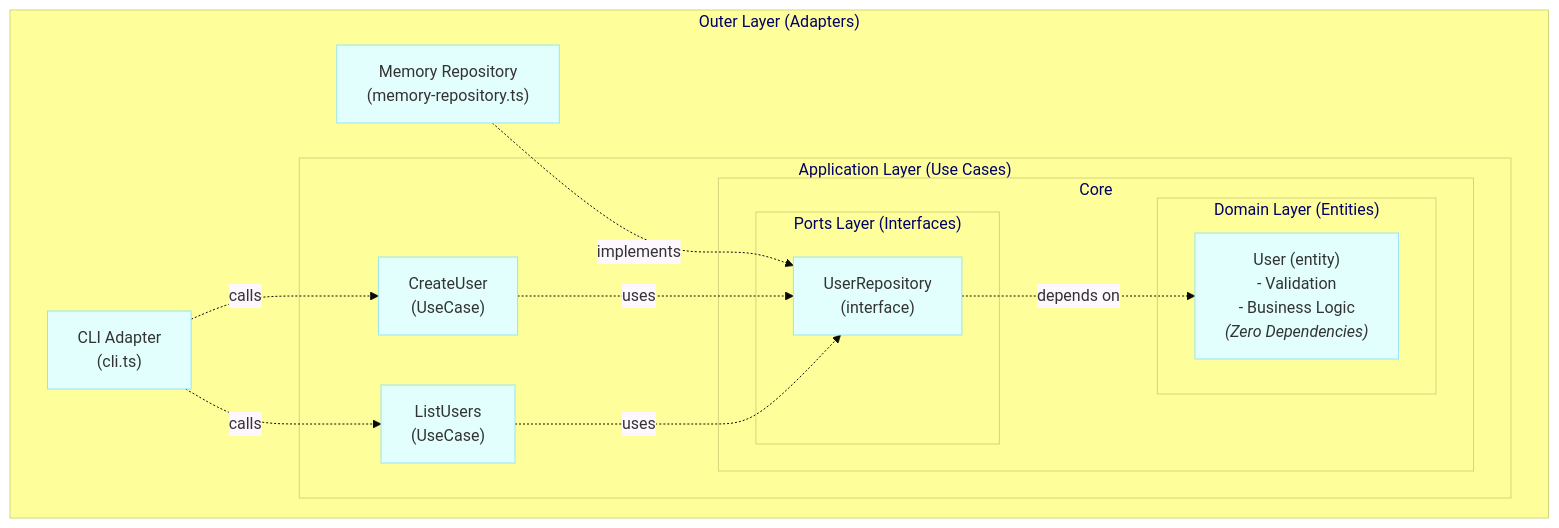
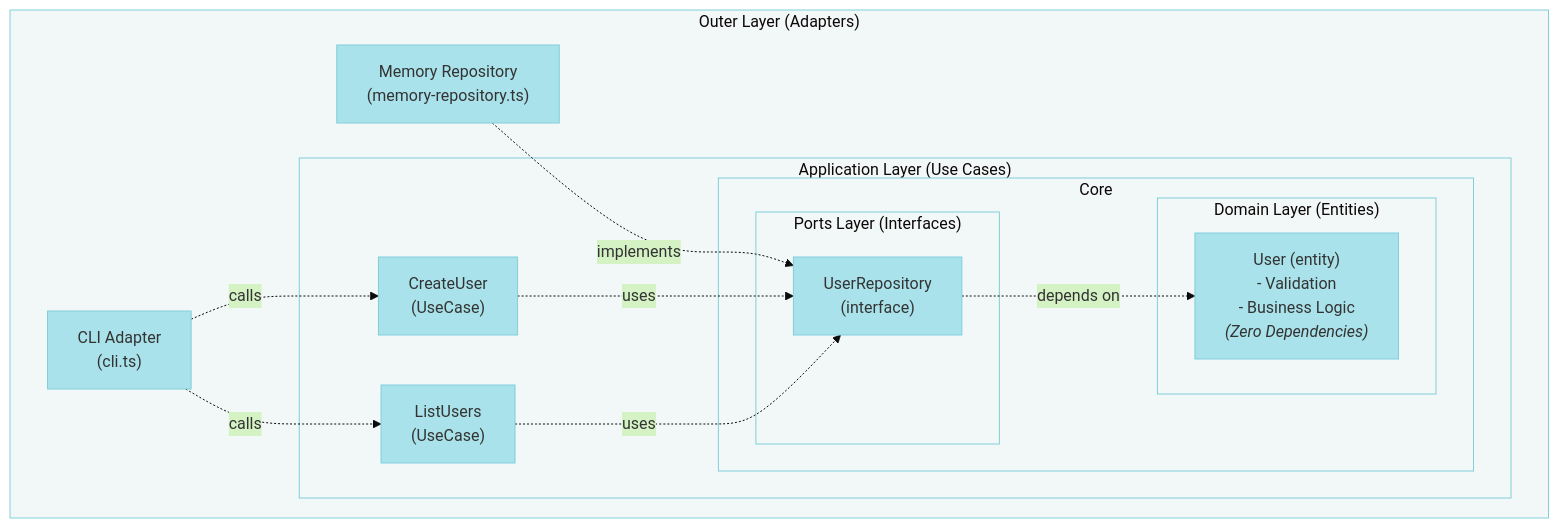
Before and after one commit to stricture-dev/stricture: the diagram in examples/simple-hexagonal/README.md, drawn with Mermaid. The commit also changed 4 other files, not shown here.

First line of the commit message:
docs: apply custom HSL color palette to Mermaid diagrams

````diff
--- a/examples/simple-hexagonal/README.md
+++ b/examples/simple-hexagonal/README.md
@@ -21,30 +21,30 @@
 ```mermaid
-%%{init: {'theme':'base', 'themeVariables': { 'primaryColor':'#e2fffe','primaryBorderColor':'#99e5ee','secondaryColor':'#fef7fe','secondaryBorderColor':'#e5d5e5','tertiaryColor':'#feff9a','tertiaryBorderColor':'#d5d580'}}}%%
+%%{init: {'theme':'base', 'themeVariables': { 'primaryColor':'hsl(187, 61%, 79%)','primaryBorderColor':'hsl(187, 54%, 68%)','secondaryColor':'hsl(100, 64%, 86%)','secondaryBorderColor':'hsl(100, 41%, 76%)','tertiaryColor':'hsl(182, 29%, 96%)','tertiaryBorderColor':'hsl(187, 54%, 68%)'}}}%%
 graph TB
     subgraph Adapters["Outer Layer (Adapters)"]
         CLI["CLI Adapter<br/>(cli.ts)"]
         MemRepo["Memory Repository<br/>(memory-repository.ts)"]
 
         subgraph Application["Application Layer (Use Cases)"]
             CreateUser["CreateUser<br/>(UseCase)"]
             ListUsers["ListUsers<br/>(UseCase)"]
 
             subgraph PortsAndDomain["Core"]
                 subgraph Ports["Ports Layer (Interfaces)"]
                     UserRepo["UserRepository<br/>(interface)"]
                 end
 
                 subgraph Domain["Domain Layer (Entities)"]
                     User["User (entity)<br/>- Validation<br/>- Business Logic<br/><i>(Zero Dependencies)</i>"]
                 end
             end
         end
     end
 
     CLI -.calls.-> CreateUser
     CLI -.calls.-> ListUsers
     MemRepo -.implements.-> UserRepo
     CreateUser -.uses.-> UserRepo
     ListUsers -.uses.-> UserRepo
     UserRepo -.depends on.-> User
 ```
````
